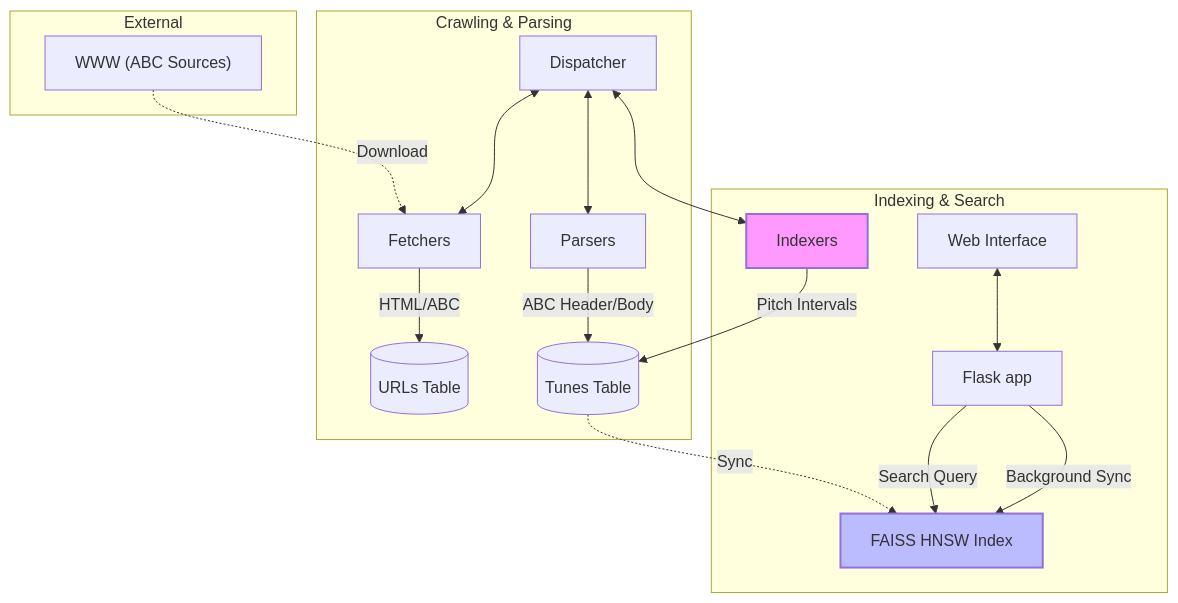
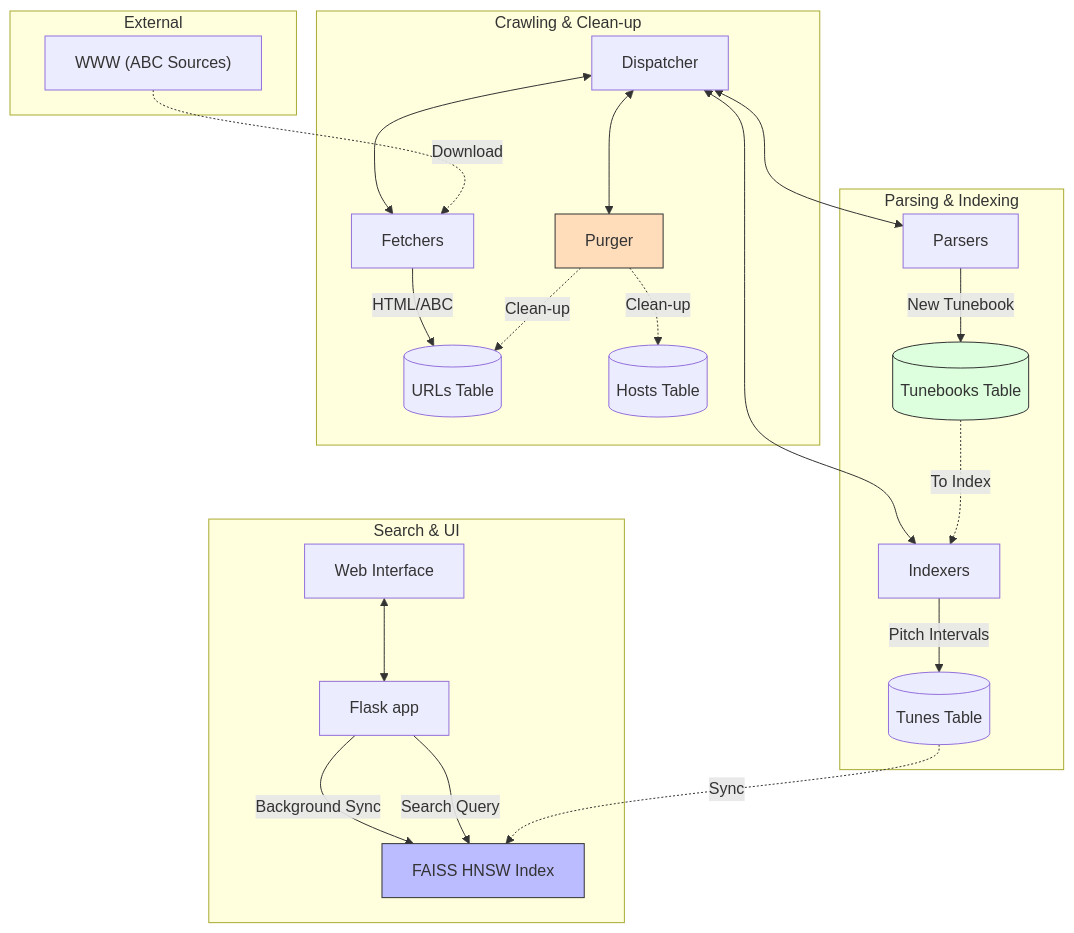
Before and after one commit to mark-vandenbroeck/ABC: the first of 2 diagrams in README.md, drawn with Mermaid.

Commit message:
Update Mermaid process flow diagram in README.md to include Purger and Tunebooks.

````diff
--- a/README.md
+++ b/README.md
@@ -52,27 +52,35 @@
 ```mermaid
 graph TD
     subgraph "External"
         Web["WWW (ABC Sources)"]
     end
 
-    subgraph "Crawling & Parsing"
+    subgraph "Crawling & Clean-up"
         D[Dispatcher] <--> F[Fetchers]
+        D <--> PU[Purger]
         F --> |HTML/ABC| U[(URLs Table)]
-        D <--> P[Parsers]
-        P --> |ABC Header/Body| T[(Tunes Table)]
+        PU -.-> |Clean-up| U
+        PU -.-> |Clean-up| H[(Hosts Table)]
     end
 
-    subgraph "Indexing & Search"
+    subgraph "Parsing & Indexing"
+        D <--> P[Parsers]
+        P --> |New Tunebook| TB[(Tunebooks Table)]
         D <--> I[Indexers]
-        I --> |Pitch Intervals| T
+        I --> |Pitch Intervals| T[(Tunes Table)]
+        TB -.-> |To Index| I
+    end
+
+    subgraph "Search & UI"
         A[Flask app] --> |Background Sync| FAISS[FAISS HNSW Index]
         A --> |Search Query| FAISS
         U_UI[Web Interface] <--> A
+        T -.-> |Sync| FAISS
     end
 
     Web -.-> |Download| F
-    T -.-> |Sync| FAISS
     
-    style I fill:#f9f,stroke:#333Internal,stroke-width:2px
-    style FAISS fill:#bbf,stroke:#333VectorIndex,stroke-width:2px
+    style PU fill:#fdb,stroke:#333
+    style TB fill:#dfd,stroke:#333
+    style FAISS fill:#bbf,stroke:#333
 ```
````
